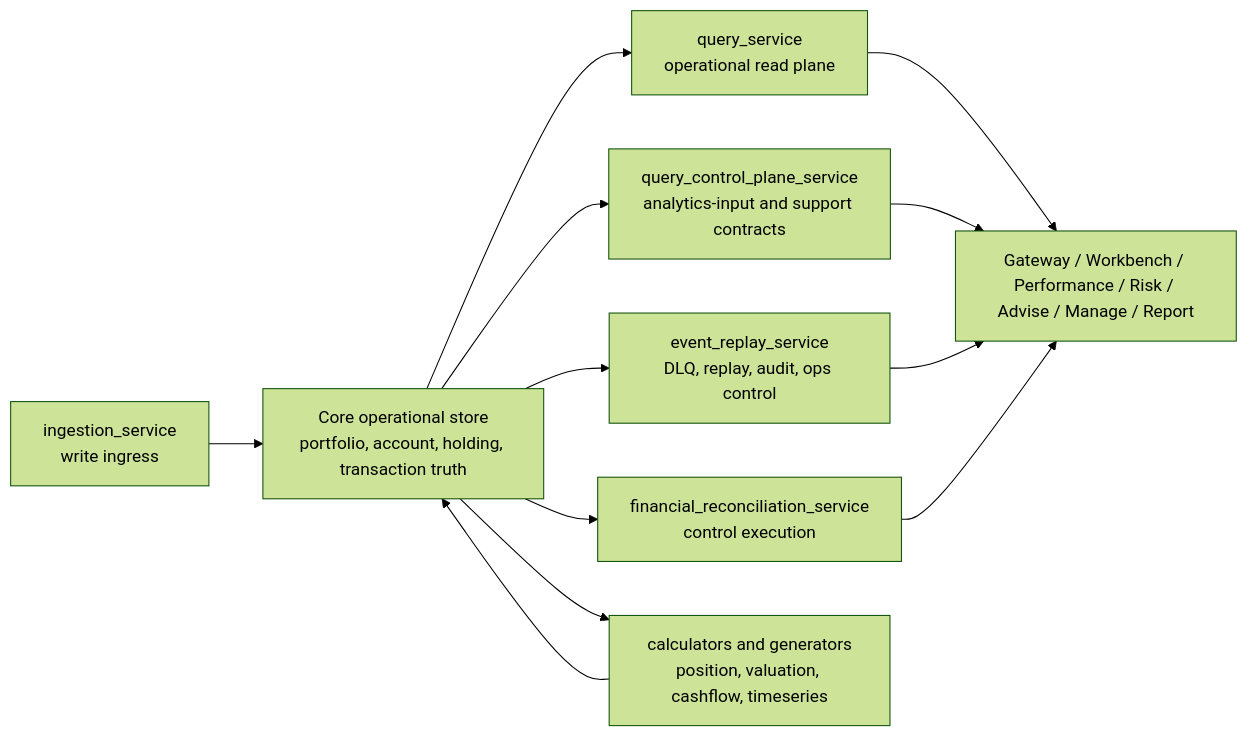
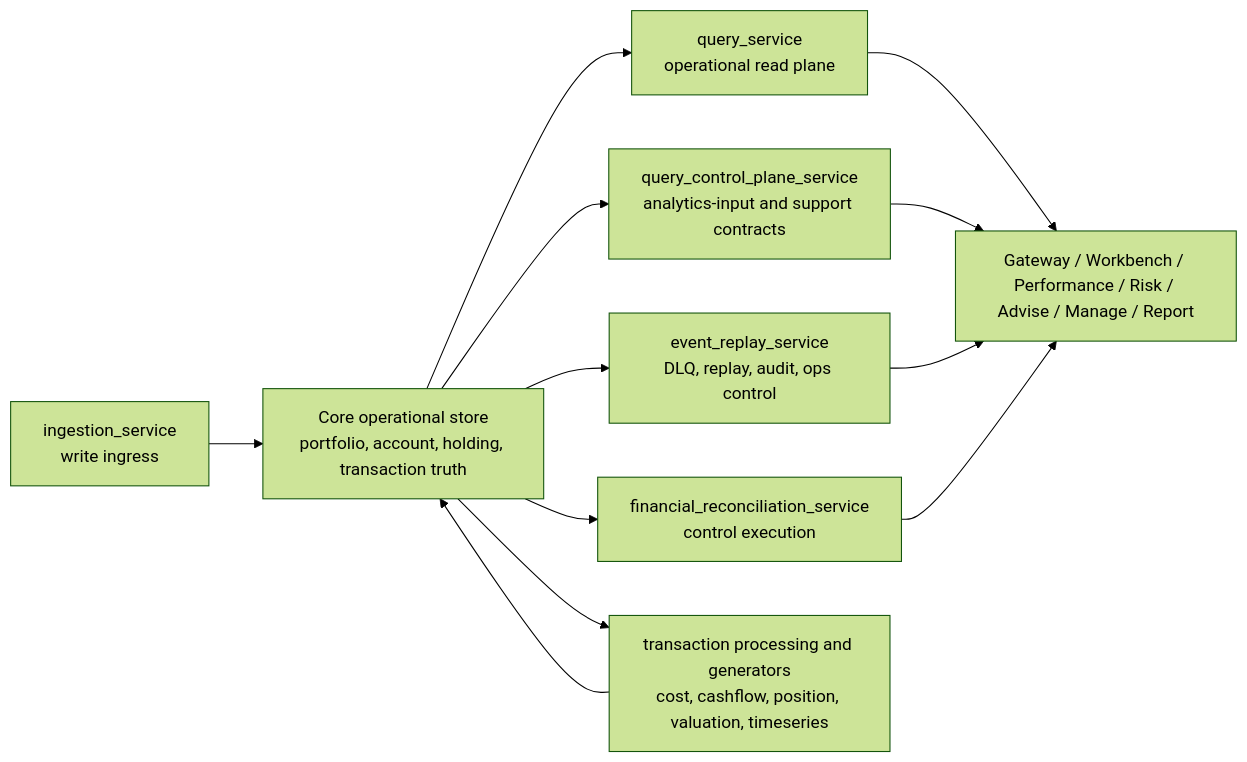
One commit to sgajbi/lotus-core changed the diagram in wiki/Architecture.md. Above: the diagram before and after it, drawn with Mermaid (forest theme). The commit also changed other lines of this file and 12 other files, not shown here.

````diff
--- a/wiki/Architecture.md
+++ b/wiki/Architecture.md
@@ -10,23 +10,23 @@
 ```mermaid
 flowchart LR
     Ingress["ingestion_service<br/>write ingress"]
     Store["Core operational store<br/>portfolio, account, holding, transaction truth"]
     Query["query_service<br/>operational read plane"]
     QCP["query_control_plane_service<br/>analytics-input and support contracts"]
     Replay["event_replay_service<br/>DLQ, replay, audit, ops control"]
     Reconcile["financial_reconciliation_service<br/>control execution"]
-    Calc["calculators and generators<br/>position, valuation, cashflow, timeseries"]
+    Calc["transaction processing and generators<br/>cost, cashflow, position, valuation, timeseries"]
     Consumers["Gateway / Workbench / Performance / Risk / Advise / Manage / Report"]
 
     Ingress --> Store
     Store --> Query
     Store --> QCP
     Store --> Replay
     Store --> Reconcile
     Store --> Calc
     Calc --> Store
     Query --> Consumers
     QCP --> Consumers
     Replay --> Consumers
     Reconcile --> Consumers
 ```
````
